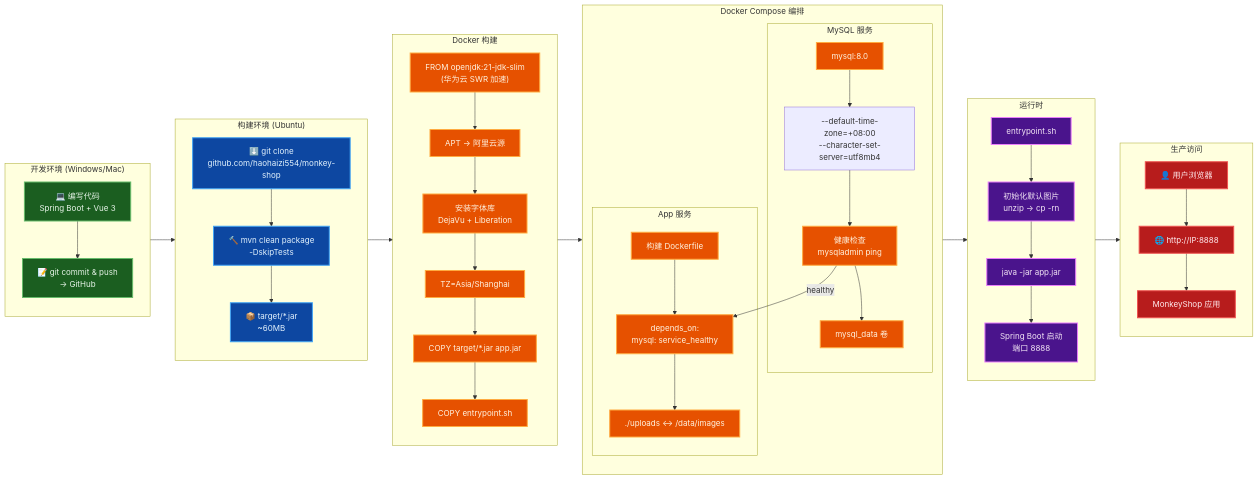
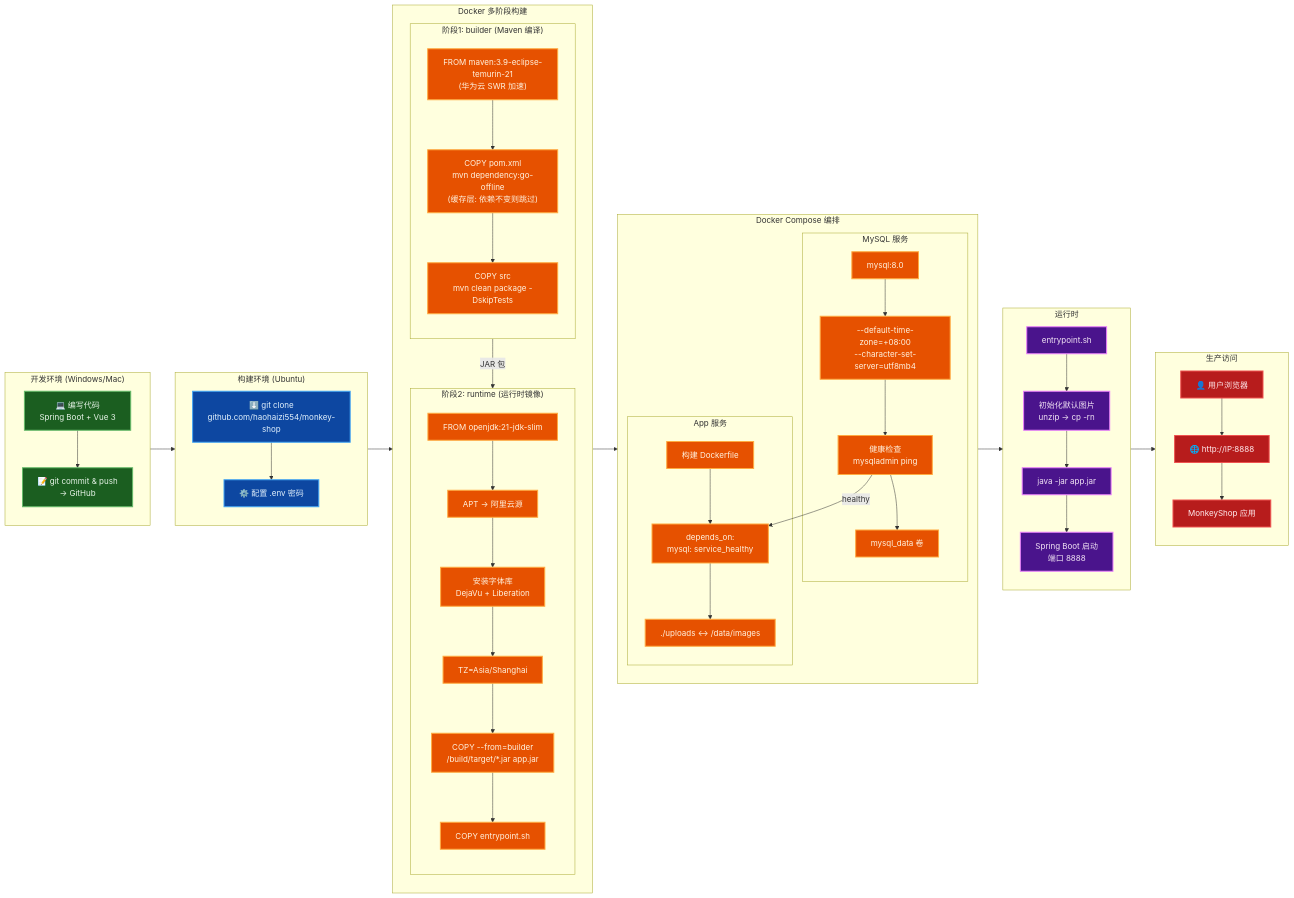
Before and after one commit to haohaizi554/monkey-shop: the diagram in 架构图-部署流水线.mermaid, drawn with Mermaid. The commit also changed 3 other files, not shown here.

Commit message:
feat: multi-stage Docker build - no more manual mvn package needed

```diff
--- a/架构图-部署流水线.mermaid
+++ b/架构图-部署流水线.mermaid
@@ -1,97 +1,110 @@
 %% MonkeyShop 部署流水线图
-%% 展示从代码提交到生产部署的完整 CI/CD 流程
+%% 展示从代码提交到生产部署的完整流程（多阶段构建）
 flowchart LR
     subgraph Dev["开发环境 (Windows/Mac)"]
         direction TB
         Code["💻 编写代码<br/>Spring Boot + Vue 3"]
         Git["📝 git commit & push<br/>→ GitHub"]
         Code --> Git
     end
 
     subgraph Build["构建环境 (Ubuntu)"]
         direction TB
         Clone["⬇️ git clone<br/>github.com/haohaizi554/monkey-shop"]
-        Compile["🔨 mvn clean package<br/>-DskipTests"]
-        Jar["📦 target/*.jar<br/>~60MB"]
-        Clone --> Compile --> Jar
+        Env["⚙️ 配置 .env 密码"]
+        Clone --> Env
     end
 
-    subgraph DockerBuild["Docker 构建"]
+    subgraph DockerBuild["Docker 多阶段构建"]
         direction TB
-        BaseImg["FROM openjdk:21-jdk-slim<br/>(华为云 SWR 加速)"]
-        AptMirror["APT → 阿里云源"]
-        Fonts["安装字体库<br/>DejaVu + Liberation"]
-        Timezone["TZ=Asia/Shanghai"]
-        CopyJar["COPY target/*.jar app.jar"]
-        Entrypoint["COPY entrypoint.sh"]
-        BaseImg --> AptMirror --> Fonts --> Timezone --> CopyJar --> Entrypoint
+        subgraph Stage1["阶段1: builder (Maven 编译)"]
+            direction TB
+            MavenImg["FROM maven:3.9-eclipse-temurin-21<br/>(华为云 SWR 加速)"]
+            Deps["COPY pom.xml<br/>mvn dependency:go-offline<br/>(缓存层: 依赖不变则跳过)"]
+            Compile["COPY src<br/>mvn clean package -DskipTests"]
+            MavenImg --> Deps --> Compile
+        end
+        subgraph Stage2["阶段2: runtime (运行时镜像)"]
+            direction TB
+            JdkImg["FROM openjdk:21-jdk-slim"]
+            AptMirror["APT → 阿里云源"]
+            Fonts["安装字体库<br/>DejaVu + Liberation"]
+            Timezone["TZ=Asia/Shanghai"]
+            CopyJar["COPY --from=builder<br/>/build/target/*.jar app.jar"]
+            Entrypoint["COPY entrypoint.sh"]
+            JdkImg --> AptMirror --> Fonts --> Timezone --> CopyJar --> Entrypoint
+        end
+        Compile -->|"JAR 包"| CopyJar
     end
 
     subgraph Compose["Docker Compose 编排"]
         direction TB
         subgraph MySQLSvc["MySQL 服务"]
             MImg["mysql:8.0"]
             MTZ["--default-time-zone=+08:00<br/>--character-set-server=utf8mb4"]
             MHealth["健康检查<br/>mysqladmin ping"]
             MVol["mysql_data 卷"]
             MImg --> MTZ --> MHealth --> MVol
         end
         subgraph AppSvc["App 服务"]
             AImg["构建 Dockerfile"]
             ADep["depends_on:<br/>mysql: service_healthy"]
             AVol["./uploads ↔ /data/images"]
             AImg --> ADep --> AVol
         end
         MHealth -->|"healthy"| ADep
     end
 
     subgraph Runtime["运行时"]
         direction TB
         Start["entrypoint.sh"]
         InitImg["初始化默认图片<br/>unzip → cp -rn"]
         JavaApp["java -jar app.jar"]
         Spring["Spring Boot 启动<br/>端口 8888"]
         Start --> InitImg --> JavaApp --> Spring
     end
 
     subgraph Prod["生产访问"]
         direction TB
         User["👤 用户浏览器"]
         Nginx["🌐 http://IP:8888"]
         App["MonkeyShop 应用"]
         User --> Nginx --> App
     end
 
     Dev --> Build --> DockerBuild --> Compose --> Runtime --> Prod
 
     classDef dev fill:#1b5e20,stroke:#66bb6a,stroke-width:2px,color:#e8f5e9
     classDef build fill:#0d47a1,stroke:#42a5f5,stroke-width:2px,color:#e3f2fd
     classDef docker fill:#e65100,stroke:#ffab40,stroke-width:2px,color:#fff3e0
     classDef runtime fill:#4a148c,stroke:#ea80fc,stroke-width:2px,color:#f3e5f5
     classDef prod fill:#b71c1c,stroke:#ef5350,stroke-width:2px,color:#ffebee
     classDef process fill:#37474f,stroke:#b0bec5,stroke-width:2px,color:#eceff1
 
     Code:::dev
     Git:::dev
     Clone:::build
-    Compile:::build
-    Jar:::build
-    BaseImg:::docker
+    Env:::build
+    MavenImg:::docker
+    Deps:::docker
+    Compile:::docker
+    JdkImg:::docker
     AptMirror:::docker
     Fonts:::docker
     Timezone:::docker
     CopyJar:::docker
     Entrypoint:::docker
     MImg:::docker
+    MTZ:::docker
     MHealth:::docker
     MVol:::docker
     AImg:::docker
     ADep:::docker
     AVol:::docker
     Start:::runtime
     InitImg:::runtime
     JavaApp:::runtime
     Spring:::runtime
     User:::prod
     Nginx:::prod
     App:::prod
```
